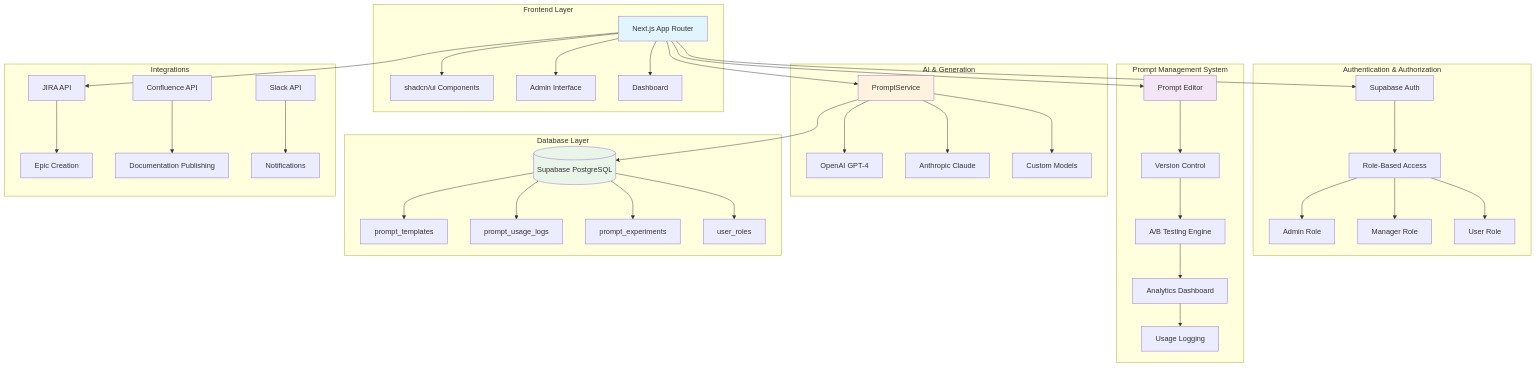
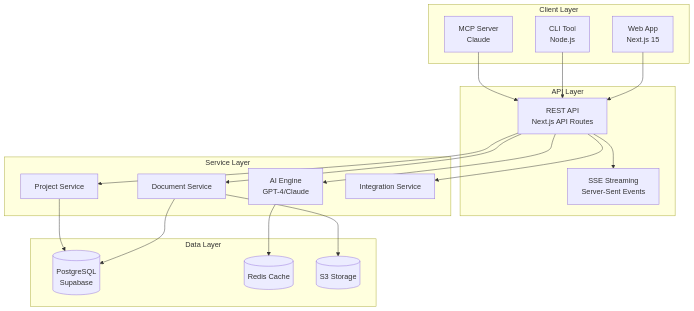
The diagram in README.md (durdan/dd-sdlc-ai), drawn with Mermaid before and after one commit. The commit also changed other lines of this file and 4 other files, not shown here.

````diff
--- a/README.md
+++ b/README.md
@@ -347,53 +116,39 @@
 ```mermaid
 graph TB
-    subgraph "Frontend Layer"
-        A[Next.js App Router] --> B[shadcn/ui Components]
-        A --> C[Admin Interface]
-        A --> D[Dashboard]
+    subgraph "Client Layer"
+        WEB[Web App<br/>Next.js 15]
+        CLI[CLI Tool<br/>Node.js]
+        MCP[MCP Server<br/>Claude]
     end
     
-    subgraph "Authentication & Authorization"
-        E[Supabase Auth] --> F[Role-Based Access]
-        F --> G[Admin Role]
-        F --> H[Manager Role]
-        F --> I[User Role]
+    subgraph "API Layer"
+        API[REST API<br/>Next.js API Routes]
+        SSE[SSE Streaming<br/>Server-Sent Events]
     end
     
-    subgraph "Prompt Management System"
-        J[Prompt Editor] --> K[Version Control]
-        K --> L[A/B Testing Engine]
-        L --> M[Analytics Dashboard]
-        M --> N[Usage Logging]
+    subgraph "Service Layer"
+        AI[AI Engine<br/>GPT-4/Claude]
+        DOC[Document Service]
+        PROJ[Project Service]
+        INT[Integration Service]
     end
     
-    subgraph "AI & Generation"
-        O[PromptService] --> P[OpenAI GPT-4]
-        O --> Q[Anthropic Claude]
-        O --> R[Custom Models]
+    subgraph "Data Layer"
+        DB[(PostgreSQL<br/>Supabase)]
+        CACHE[(Redis Cache)]
+        S3[(S3 Storage)]
     end
     
-    subgraph "Database Layer"
-        S[(Supabase PostgreSQL)]
-        S --> T[prompt_templates]
-        S --> U[prompt_usage_logs]
-        S --> V[prompt_experiments]
-        S --> W[user_roles]
-    end
-    
-    subgraph "Integrations"
-        X[JIRA API] --> Y[Epic Creation]
-        Z[Confluence API] --> AA[Documentation Publishing]
-        BB[Slack API] --> CC[Notifications]
-    end
-    
-    A --> E
-    A --> J
-    A --> O
-    O --> S
-    A --> X
-    
-    style A fill:#e1f5fe
-    style S fill:#e8f5e8
-    style O fill:#fff3e0
-    style J fill:#f3e5f5
+    WEB --> API
+    CLI --> API
+    MCP --> API
+    API --> SSE
+    API --> AI
+    API --> DOC
+    API --> PROJ
+    API --> INT
+    DOC --> DB
+    PROJ --> DB
+    AI --> CACHE
+    DOC --> S3
 ```
````
